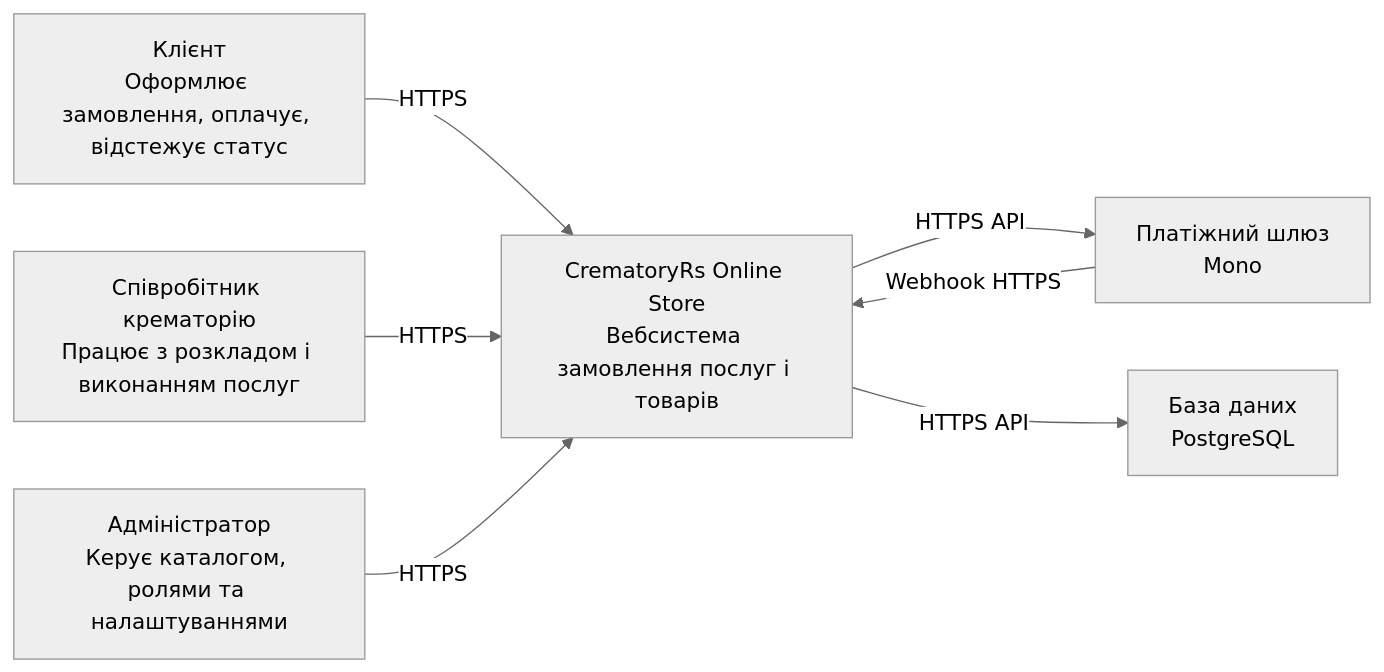
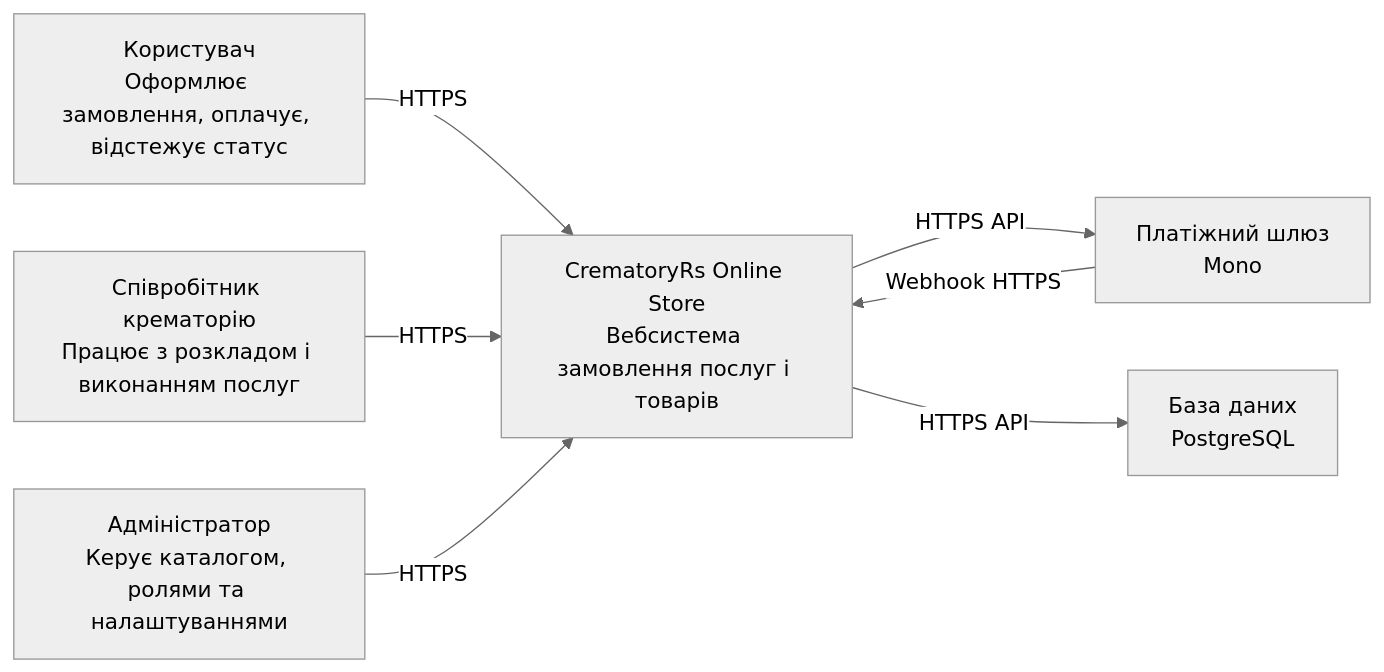
One commit to FantRS/TRVD_2026_404-TN_Kashper_Labs changed the first of 4 diagrams in server/notes/lab_2.md. Above: the diagram before and after it, drawn with Mermaid (neutral theme). The commit also changed other lines of this file and 4 other files, not shown here.

````diff
--- a/server/notes/lab_2.md
+++ b/server/notes/lab_2.md
@@ -35,19 +35,19 @@
 ```mermaid
 flowchart LR
-    user["Клієнт<br/>Оформлює замовлення, оплачує, відстежує статус"]
+    user["Користувач<br/>Оформлює замовлення, оплачує, відстежує статус"]
     employee["Співробітник крематорію<br/>Працює з розкладом і виконанням послуг"]
     admin["Адміністратор<br/>Керує каталогом, ролями та налаштуваннями"]
 
     system["CrematoryRs Online Store<br/>Вебсистема замовлення послуг і товарів"]
 
     payment["Платіжний шлюз<br/>Mono"]
     database["База даних<br />PostgreSQL"]
 
     user -->|HTTPS| system
     employee -->|HTTPS| system
     admin -->|HTTPS| system
 
     system -->|HTTPS API| payment
     system -->|HTTPS API| database
     payment -->|Webhook HTTPS| system
 ```
````
